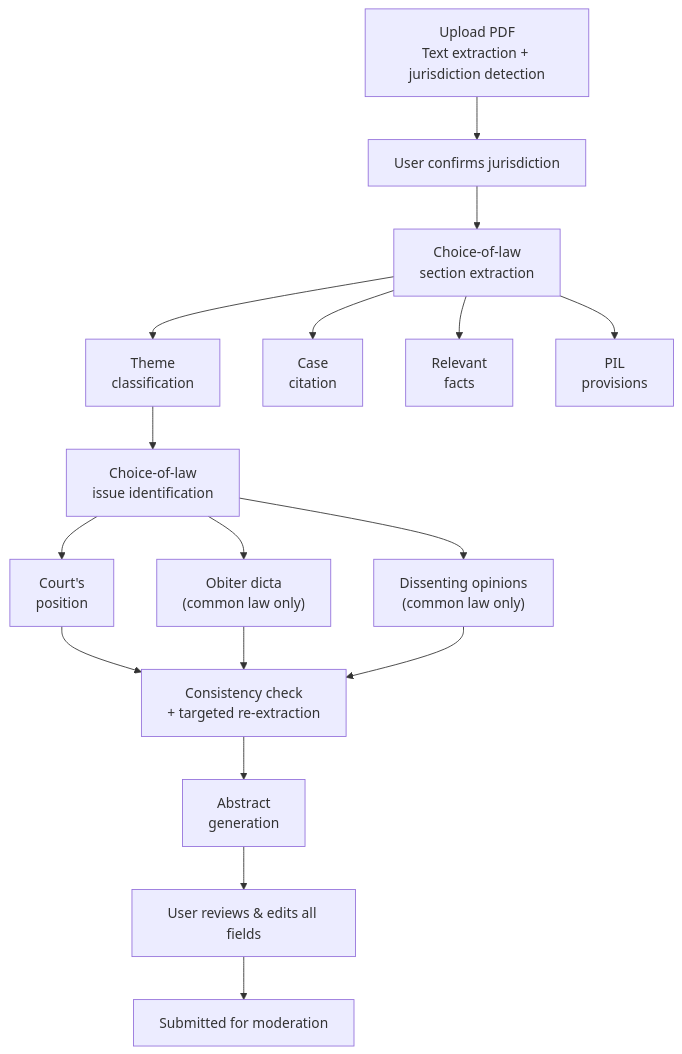
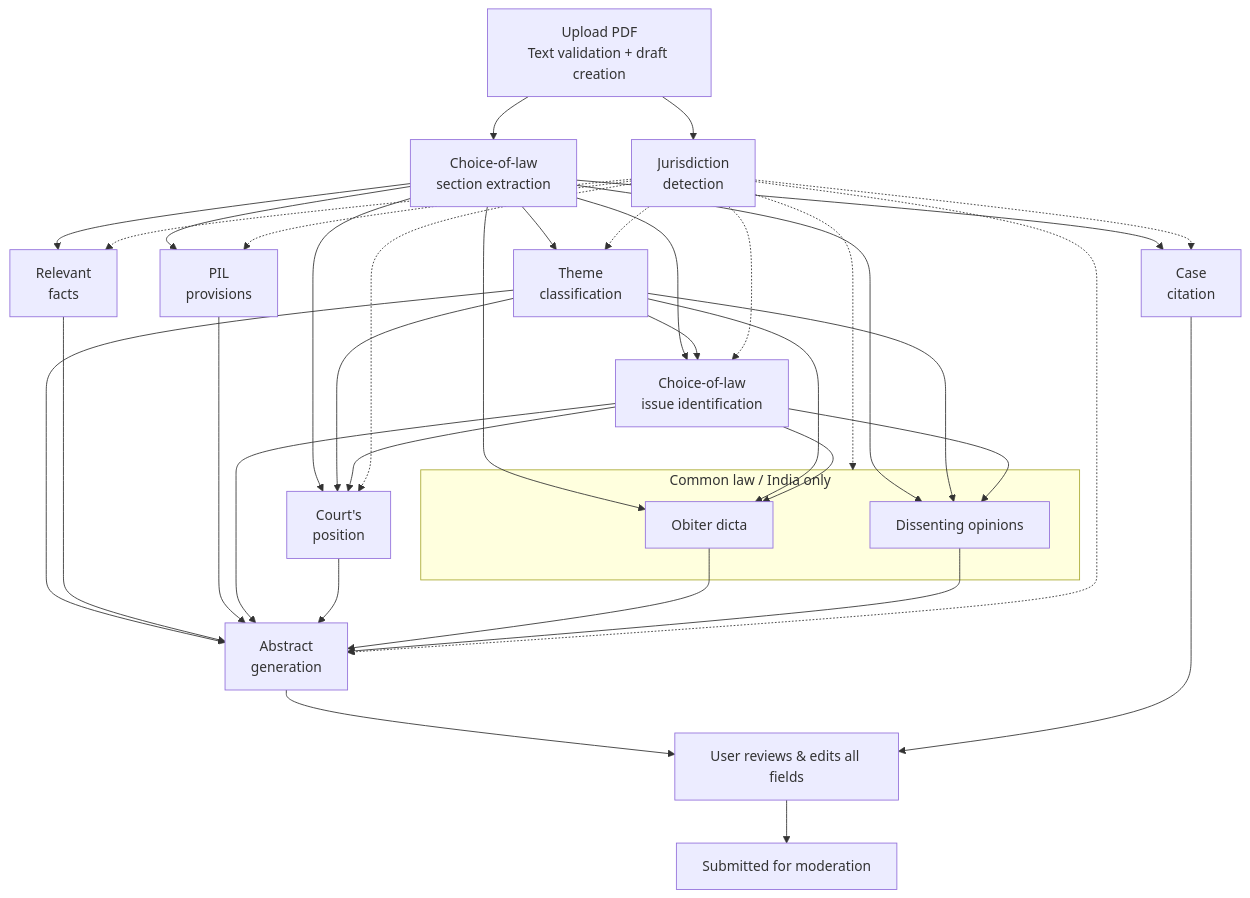
The second of 2 diagrams in README.md (Choice-of-Law-Dataverse/cold-web-app), drawn with Mermaid before and after one commit. The commit also changed other lines of this file and 69 other files, not shown here.

First line of the commit message:
refactor(case-analyzer): agentic extraction with parallel jurisdiction detection (#464)

````diff
--- a/README.md
+++ b/README.md
@@ -91,24 +91,51 @@
 ```mermaid
 flowchart TD
-    Upload["Upload PDF\nText extraction + jurisdiction detection"] --> Confirm["User confirms jurisdiction"]
-    Confirm --> CoL["Choice-of-law\nsection extraction"]
+    Upload["Upload PDF\nText validation + draft creation"]
+    Upload --> Jur["Jurisdiction\ndetection"]
+    Upload --> CoL["Choice-of-law\nsection extraction"]
 
     CoL --> Themes["Theme\nclassification"]
     CoL --> Citation["Case\ncitation"]
     CoL --> Facts["Relevant\nfacts"]
     CoL --> PIL["PIL\nprovisions"]
 
-    Themes --> Issue["Choice-of-law\nissue identification"]
+    Jur -.-> Themes
+    Jur -.-> Citation
+    Jur -.-> Facts
+    Jur -.-> PIL
 
-    Issue --> Position["Court's\nposition"]
-    Issue --> Obiter["Obiter dicta\n(common law only)"]
-    Issue --> Dissent["Dissenting opinions\n(common law only)"]
+    CoL --> Issue["Choice-of-law\nissue identification"]
+    Themes --> Issue
+    Jur -.-> Issue
 
-    Position --> QA["Consistency check\n+ targeted re-extraction"]
-    Obiter --> QA
-    Dissent --> QA
+    CoL --> Position["Court's\nposition"]
+    Themes --> Position
+    Issue --> Position
+    Jur -.-> Position
 
-    QA --> Abstract["Abstract\ngeneration"]
+    subgraph CommonLaw [Common law / India only]
+        Obiter["Obiter dicta"]
+        Dissent["Dissenting opinions"]
+    end
+
+    CoL --> Obiter
+    Themes --> Obiter
+    Issue --> Obiter
+    CoL --> Dissent
+    Themes --> Dissent
+    Issue --> Dissent
+    Jur -.-> CommonLaw
+
+    Themes --> Abstract["Abstract\ngeneration"]
+    Facts --> Abstract
+    PIL --> Abstract
+    Issue --> Abstract
+    Position --> Abstract
+    Obiter --> Abstract
+    Dissent --> Abstract
+    Jur -.-> Abstract
+
     Abstract --> Review["User reviews & edits all fields"]
+    Citation --> Review
     Review --> Submit["Submitted for moderation"]
 ```
````
